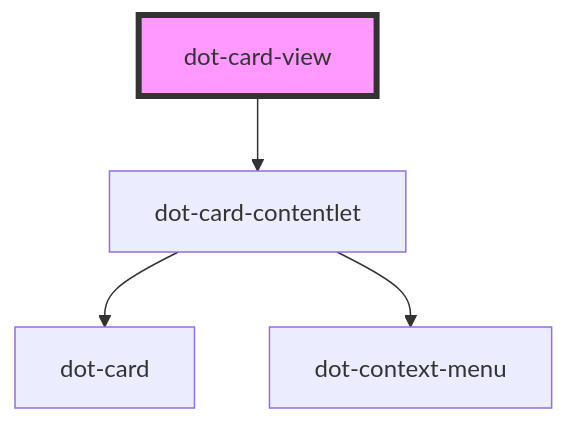
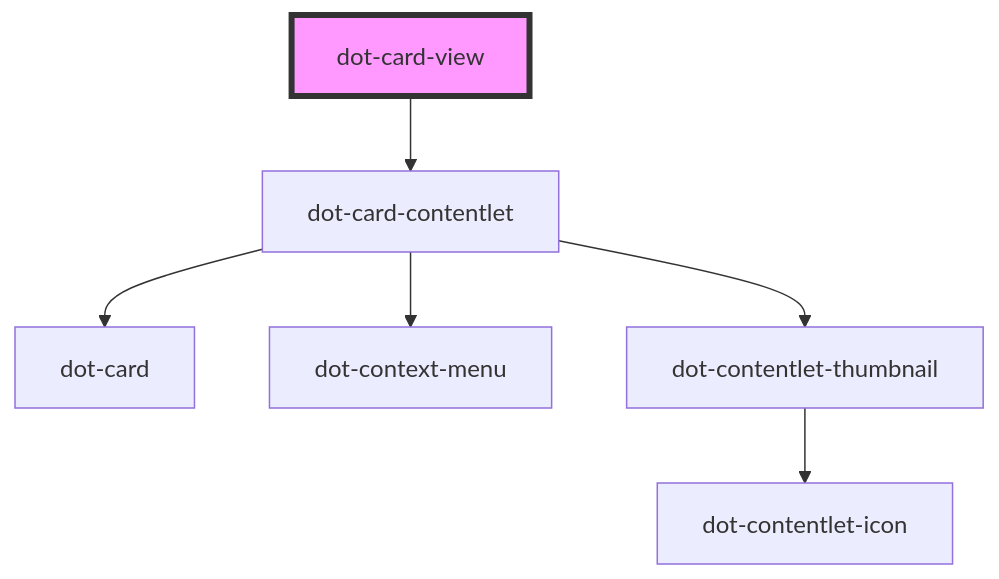
Before and after one commit to dotCMS/dotcms-webcomponents: the diagram in src/collections/dot-card-view/readme.md, drawn with Mermaid. The commit also changed 10 other files, not shown here.

````diff
--- a/src/collections/dot-card-view/readme.md
+++ b/src/collections/dot-card-view/readme.md
@@ -22,7 +22,9 @@
 ```mermaid
 graph TD;
   dot-card-view --> dot-card-contentlet
   dot-card-contentlet --> dot-card
   dot-card-contentlet --> dot-context-menu
+  dot-card-contentlet --> dot-contentlet-thumbnail
+  dot-contentlet-thumbnail --> dot-contentlet-icon
   style dot-card-view fill:#f9f,stroke:#333,stroke-width:4px
 ```
````
